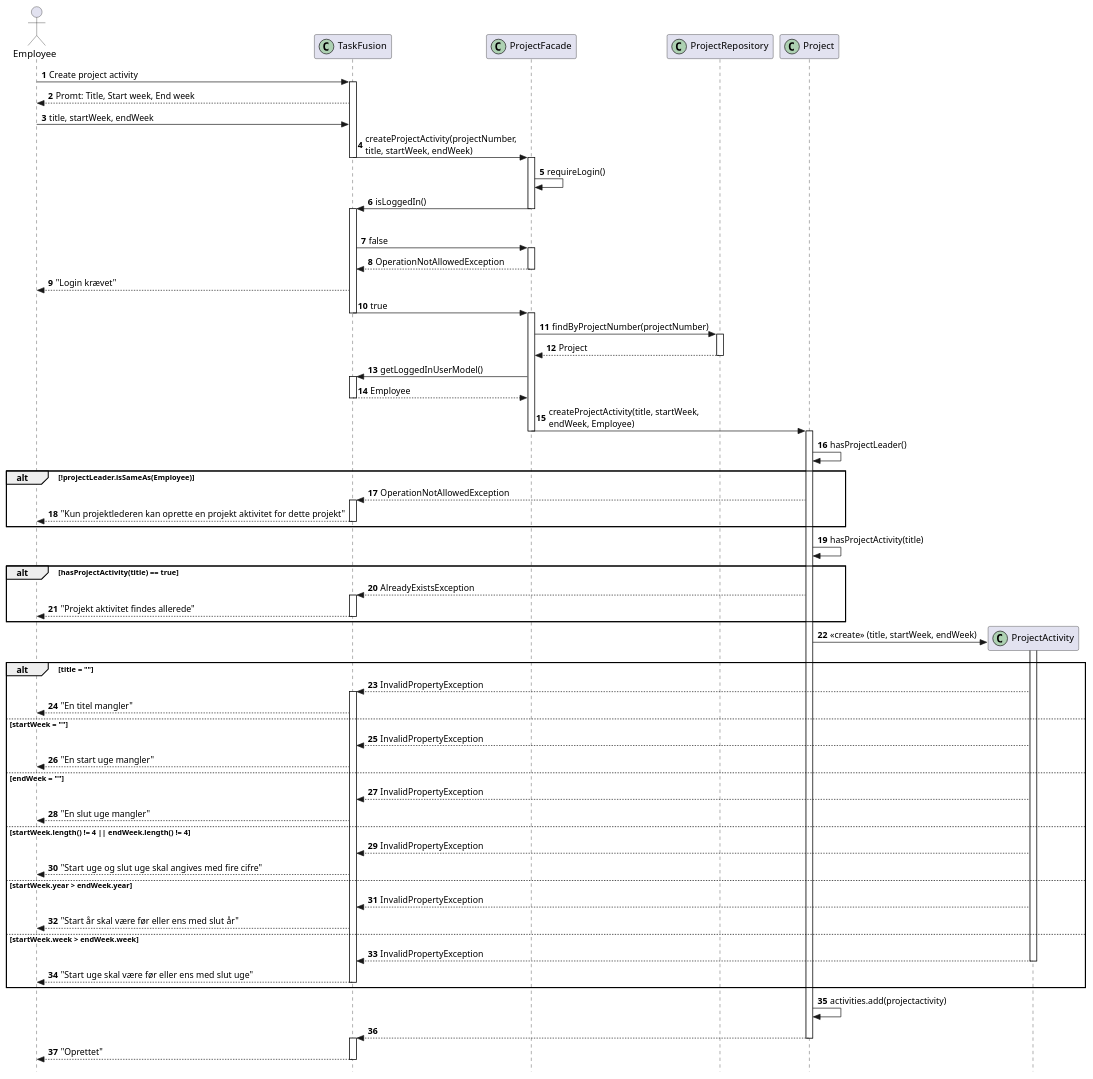
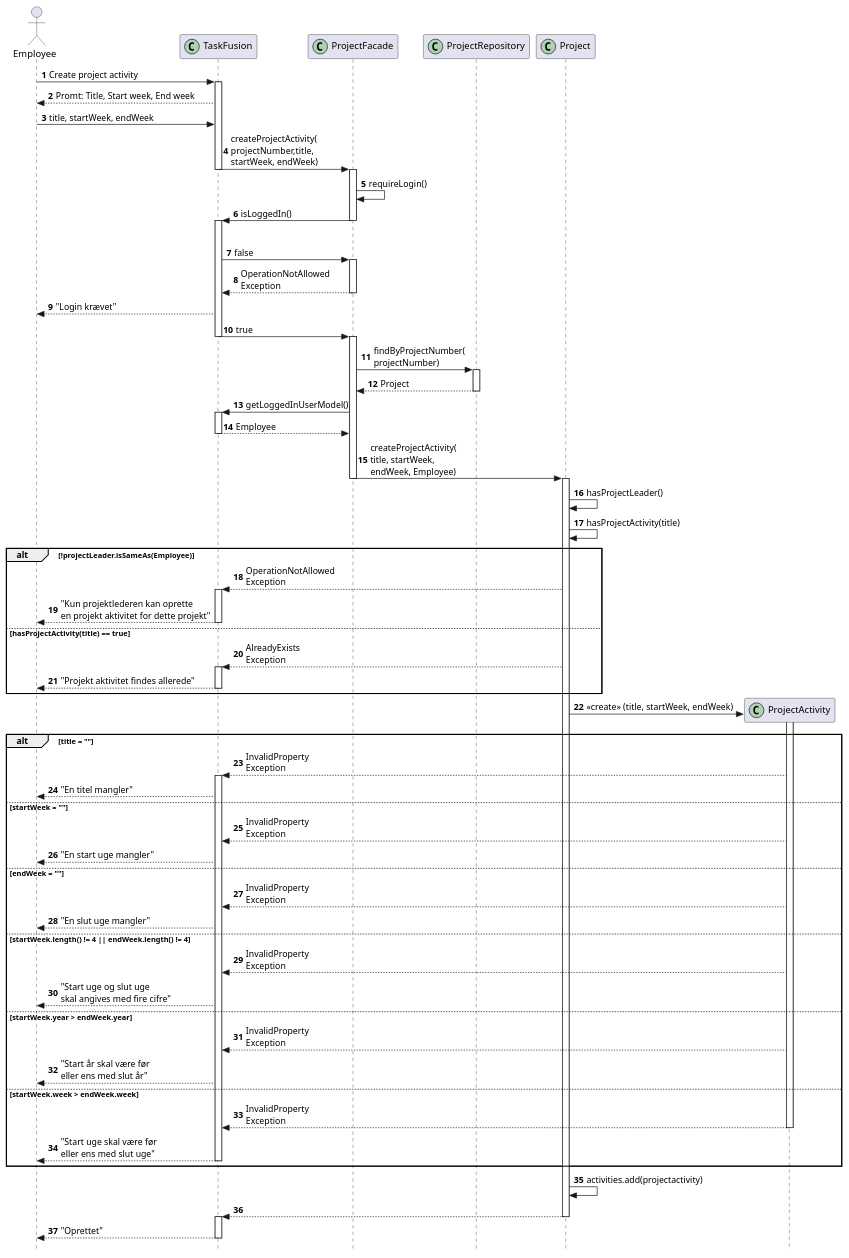
One commit to rwiuff/02161ExamProject changed the diagram in RequirementsAndDesign/SequenceDiagrams/createProjectActivity.puml. Above: the diagram before and after it, drawn with PlantUML. The commit also changed 23 other files, not shown here.

```diff
--- a/RequirementsAndDesign/SequenceDiagrams/createProjectActivity.puml
+++ b/RequirementsAndDesign/SequenceDiagrams/createProjectActivity.puml
@@ -1,66 +1,65 @@
 @startuml seqCreateProjectActivity
 autonumber
 hide footbox
 skinparam style strictuml
 hide unlinked
 actor "Employee" as employee
 participant "TaskFusion" as app << (C,#ADD1B2) >>
 participant "ProjectFacade" as projectfacade << (C,#ADD1B2) >>
 participant "ProjectRepository" as projectrepo << (C,#ADD1B2) >>
 participant "Project" as project << (C,#ADD1B2) >>
 collections "Map<String, Projects> projects" as projects << (M, Crimson) >>
 collections "Map<String, Employee> employees" as emps << (M,Crimson) >>
 participant "ProjectActivity" as projectactivity << (C,#ADD1B2) >>
 
 employee -> app++: Create project activity
 app --> employee: Promt: Title, Start week, End week
 employee -> app: title, startWeek, endWeek
-app -> projectfacade--++: createProjectActivity(projectNumber,\ntitle, startWeek, endWeek)
+app -> projectfacade--++: createProjectActivity(\nprojectNumber,title,\nstartWeek, endWeek)
 projectfacade -> projectfacade: requireLogin()
 projectfacade -> app--++: isLoggedIn()
 alt loggedInUser == null
     app -> projectfacade++: false
-    projectfacade --> app--: OperationNotAllowedException
+    projectfacade --> app--: OperationNotAllowed\nException
     app --> employee: "Login krævet"
 else
     app -> projectfacade--++: true
-    projectfacade -> projectrepo++: findByProjectNumber(projectNumber)
+    projectfacade -> projectrepo++: findByProjectNumber(\nprojectNumber)
     projectrepo --> projectfacade--: Project
     projectfacade -> app++: getLoggedInUserModel()
     app --> projectfacade--: Employee
-    projectfacade -> project--++: createProjectActivity(title, startWeek,\nendWeek, Employee)
+    projectfacade -> project--++: createProjectActivity(\ntitle, startWeek,\nendWeek, Employee)
     project -> project: hasProjectLeader()
+    project -> project: hasProjectActivity(title)
     alt !projectLeader.isSameAs(Employee)
-        project --> app++: OperationNotAllowedException
-        app --> employee--: "Kun projektlederen kan oprette en projekt aktivitet for dette projekt"
-    end
-    project -> project: hasProjectActivity(title)
-    alt hasProjectActivity(title) == true
-        project --> app++: AlreadyExistsException
+        project --> app++: OperationNotAllowed\nException
+        app --> employee--: "Kun projektlederen kan oprette\nen projekt aktivitet for dette projekt"
+    else hasProjectActivity(title) == true
+        project --> app++: AlreadyExists\nException
         app --> employee--: "Projekt aktivitet findes allerede"
     end
     project -> projectactivity**: <<create>> (title, startWeek, endWeek)
     activate projectactivity
     alt title = ""
-        projectactivity --> app++: InvalidPropertyException
+        projectactivity --> app++: InvalidProperty\nException
         app --> employee: "En titel mangler"
     else startWeek = ""
-        projectactivity --> app: InvalidPropertyException
+        projectactivity --> app: InvalidProperty\nException
         app --> employee: "En start uge mangler"
     else endWeek = ""
-        projectactivity --> app: InvalidPropertyException
+        projectactivity --> app: InvalidProperty\nException
         app --> employee: "En slut uge mangler"
     else startWeek.length() != 4 || endWeek.length() != 4
-        projectactivity --> app: InvalidPropertyException
-        app --> employee: "Start uge og slut uge skal angives med fire cifre"
+        projectactivity --> app: InvalidProperty\nException
+        app --> employee: "Start uge og slut uge\nskal angives med fire cifre"
     else startWeek.year > endWeek.year
-        projectactivity --> app: InvalidPropertyException
-        app --> employee: "Start år skal være før eller ens med slut år"
+        projectactivity --> app: InvalidProperty\nException
+        app --> employee: "Start år skal være før\neller ens med slut år"
     else startWeek.week > endWeek.week
-        projectactivity --> app--: InvalidPropertyException
-        app --> employee--: "Start uge skal være før eller ens med slut uge"
+        projectactivity --> app--: InvalidProperty\nException
+        app --> employee--: "Start uge skal være før\neller ens med slut uge"
     end
     project -> project: activities.add(projectactivity)
     project --> app--++
     app --> employee--: "Oprettet"
     @enduml
```
